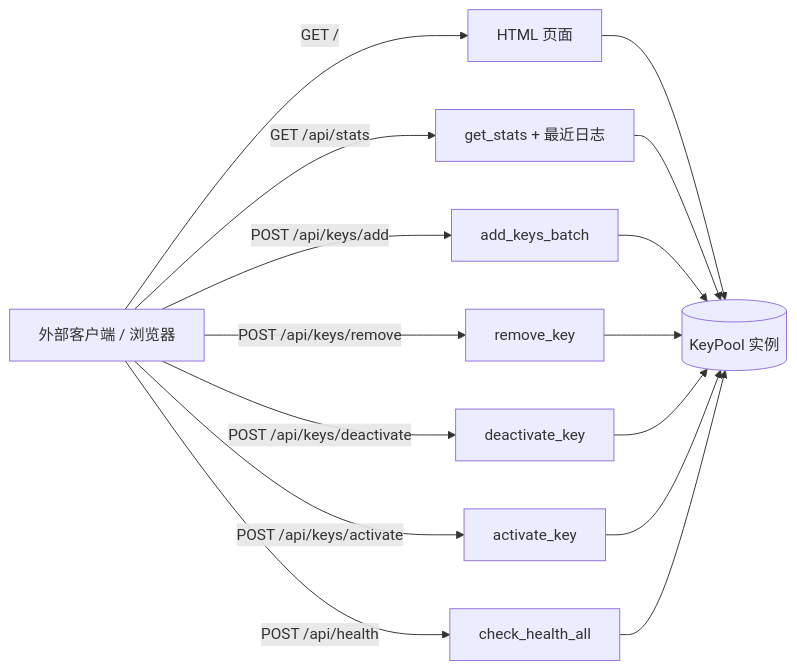
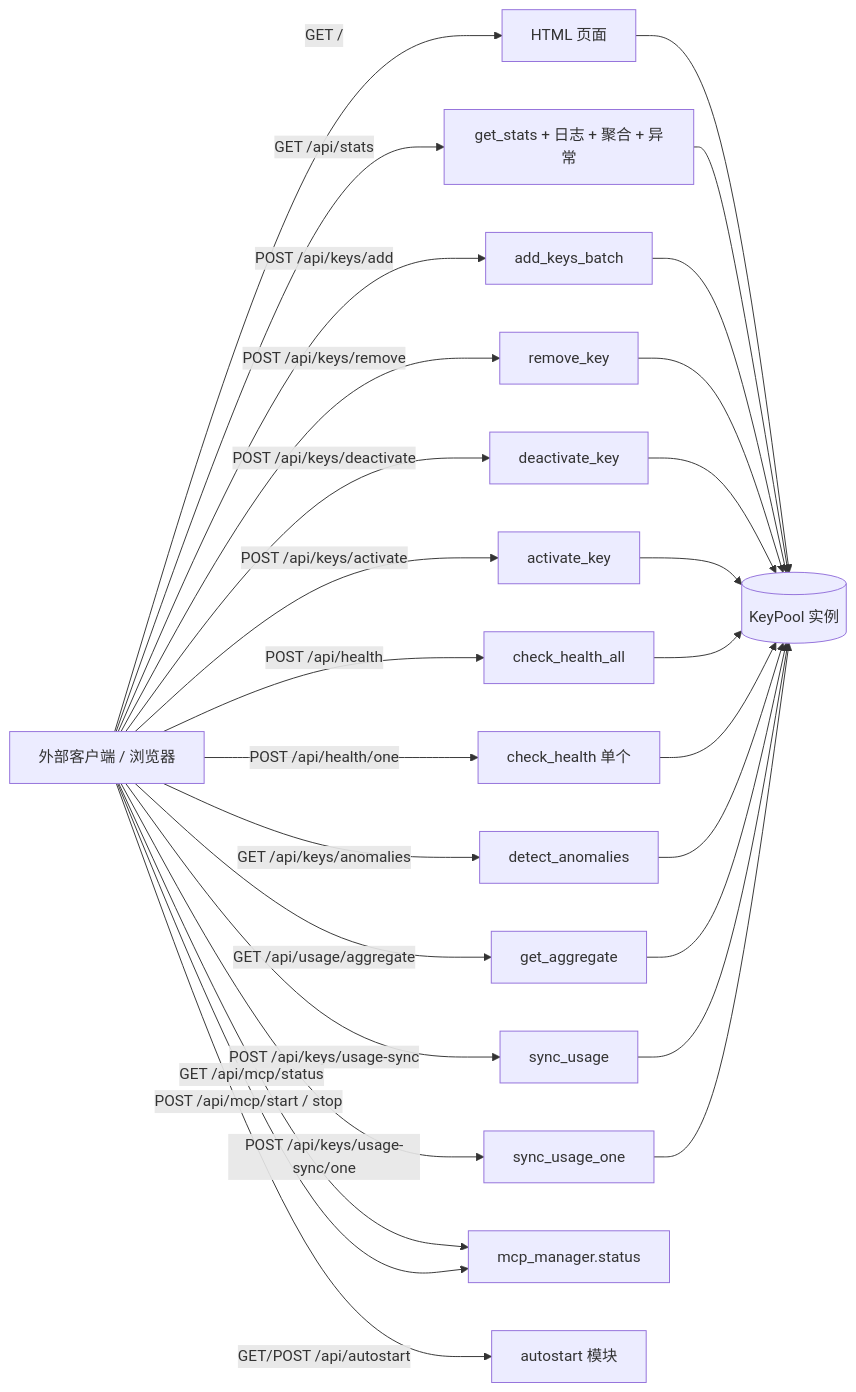
One commit to zylyes/tavily-key changed the first of 2 diagrams in docs/wiki/Web控制台/API接口.md. Above: the diagram before and after it, drawn with Mermaid. The commit also changed other lines of this file and 16 other files, not shown here.

````diff
--- a/docs/wiki/Web控制台/API接口.md
+++ b/docs/wiki/Web控制台/API接口.md
@@ -56,18 +79,31 @@
 ```mermaid
 graph LR
     A[外部客户端 / 浏览器] -->|GET /| B[HTML 页面]
-    A -->|GET /api/stats| C[get_stats + 最近日志]
+    A -->|GET /api/stats| C[get_stats + 日志 + 聚合 + 异常]
     A -->|POST /api/keys/add| D[add_keys_batch]
     A -->|POST /api/keys/remove| E[remove_key]
     A -->|POST /api/keys/deactivate| F[deactivate_key]
     A -->|POST /api/keys/activate| G[activate_key]
     A -->|POST /api/health| H[check_health_all]
+    A -->|POST /api/health/one| H2[check_health 单个]
+    A -->|GET /api/keys/anomalies| I2[detect_anomalies]
+    A -->|GET /api/usage/aggregate| J[get_aggregate]
+    A -->|POST /api/keys/usage-sync| K[sync_usage]
+    A -->|POST /api/keys/usage-sync/one| K2[sync_usage_one]
+    A -->|GET /api/mcp/status| M[mcp_manager.status]
+    A -->|POST /api/mcp/start / stop| M
+    A -->|GET/POST /api/autostart| N[autostart 模块]
 
     B --> I[(KeyPool 实例)]
     C --> I
     D --> I
     E --> I
     F --> I
     G --> I
     H --> I
+    H2 --> I
+    I2 --> I
+    J --> I
+    K --> I
+    K2 --> I
 ```
````
